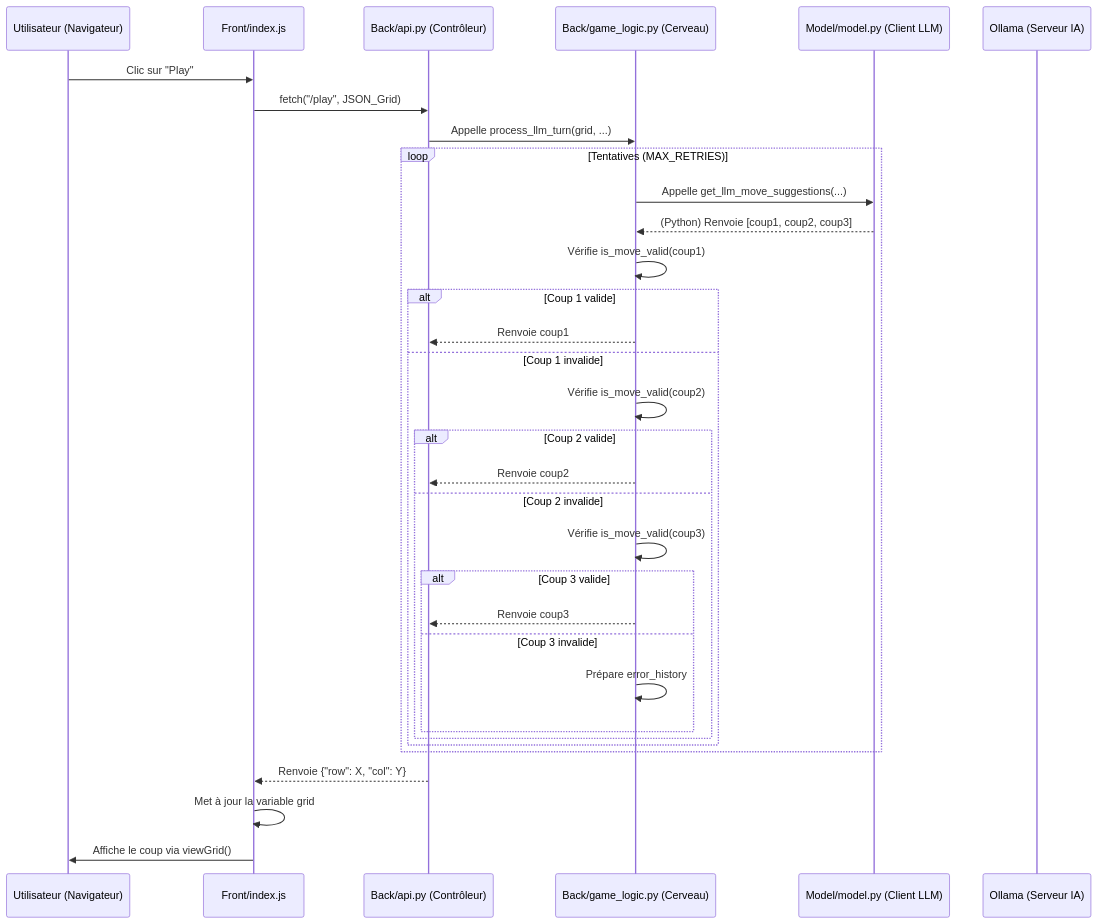
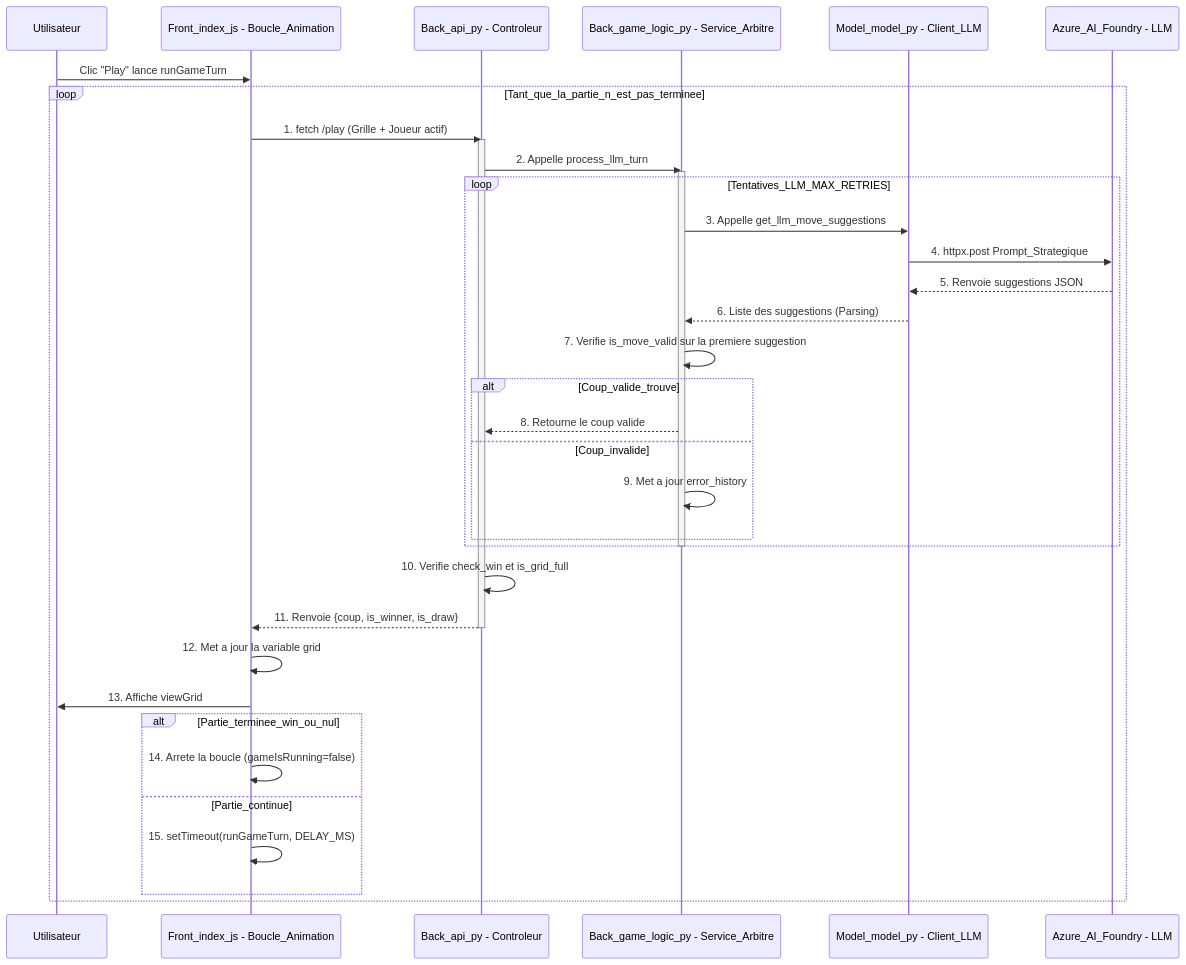
The diagram in README.md (GaetanCSimplon/tictactoe), drawn with Mermaid before and after one commit.

````diff
--- a/README.md
+++ b/README.md
@@ -80,41 +80,49 @@
 ```mermaid
 sequenceDiagram
-    participant U as Utilisateur (Navigateur)
-    participant F as Front/index.js
-    participant A as Back/api.py (Contrôleur)
-    participant G as Back/game_logic.py (Cerveau)
-    participant M as Model/model.py (Client LLM)
-    participant O as Ollama (Serveur IA)
+    participant U as Utilisateur
+    participant F as Front_index_js - Boucle_Animation
+    participant A as Back_api_py - Controleur
+    participant G as Back_game_logic_py - Service_Arbitre
+    participant M as Model_model_py - Client_LLM
+    participant O as Azure_AI_Foundry - LLM
 
-    U->>F: Clic sur "Play"
-    F->>A: fetch("/play", JSON_Grid)
-    A->>G: Appelle process_llm_turn(grid, ...)
-
-    loop Tentatives (MAX_RETRIES)
-        G->>M: Appelle get_llm_move_suggestions(...)
-        M-->>G: (Python) Renvoie [coup1, coup2, coup3]
+    U->>F: Clic "Play" lance runGameTurn
+    
+    loop Tant_que_la_partie_n_est_pas_terminee
+        F->>A: 1. fetch /play (Grille + Joueur actif)
+        activate A
         
-        G->>G: Vérifie is_move_valid(coup1)
-        alt Coup 1 valide
-            G-->>A: Renvoie coup1
-        else Coup 1 invalide
-            G->>G: Vérifie is_move_valid(coup2)
-            alt Coup 2 valide
-                G-->>A: Renvoie coup2
-            else Coup 2 invalide
-                G->>G: Vérifie is_move_valid(coup3)
-                alt Coup 3 valide
-                    G-->>A: Renvoie coup3
-                else Coup 3 invalide
-                    G->>G: Prépare error_history
-                end
+        A->>G: 2. Appelle process_llm_turn
+        activate G
+        
+        loop Tentatives_LLM_MAX_RETRIES
+            G->>M: 3. Appelle get_llm_move_suggestions
+            M->>O: 4. httpx.post Prompt_Strategique
+            O-->>M: 5. Renvoie suggestions JSON
+            M-->>G: 6. Liste des suggestions (Parsing)
+            
+            G->>G: 7. Verifie is_move_valid sur la premiere suggestion
+            
+            alt Coup_valide_trouve
+                G-->>A: 8. Retourne le coup valide
+            else Coup_invalide
+                G->>G: 9. Met a jour error_history
             end
         end
+        deactivate G
+        
+        A->>A: 10. Verifie check_win et is_grid_full
+        A-->>F: 11. Renvoie {coup, is_winner, is_draw}
+        deactivate A
+        
+        F->>F: 12. Met a jour la variable grid
+        F->>U: 13. Affiche viewGrid
+        
+        alt Partie_terminee_win_ou_nul
+            F->>F: 14. Arrete la boucle (gameIsRunning=false)
+        else Partie_continue
+            F->>F: 15. setTimeout(runGameTurn, DELAY_MS)
+        end
     end
-    
-    A-->>F: Renvoie {"row": X, "col": Y}
-    
-    F->>F: Met à jour la variable grid
-    F->>U: Affiche le coup via viewGrid()
 
 ```
````
